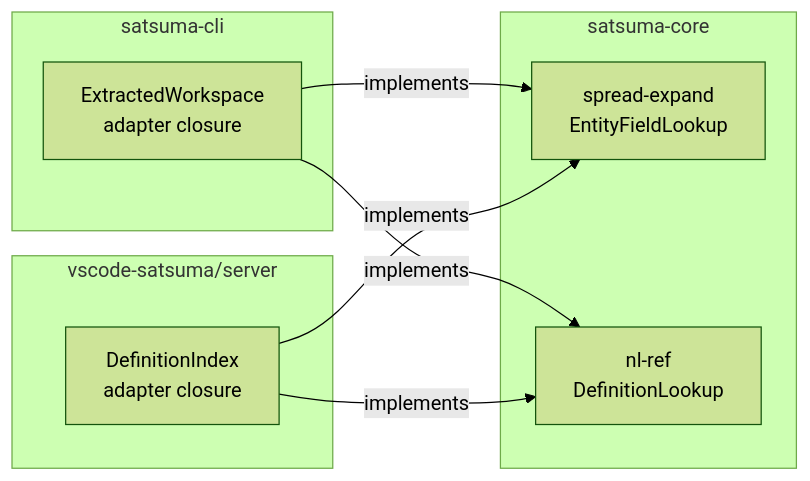
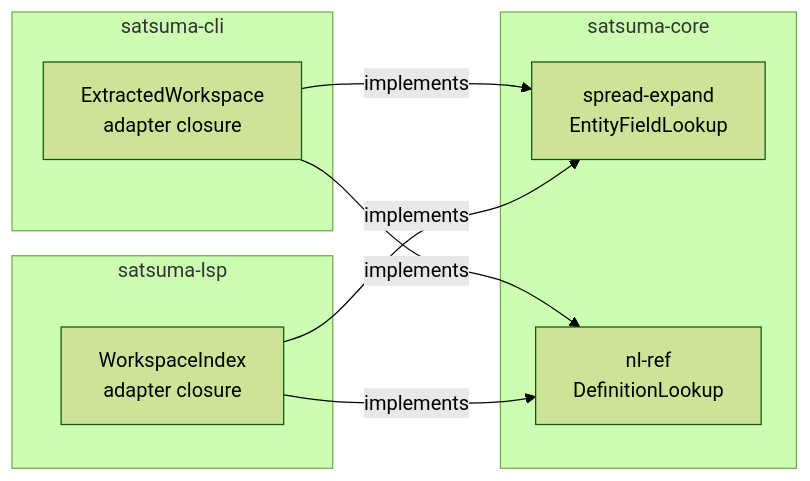
The sixth of 6 diagrams in docs/developer/ARCHITECTURE.md (thorbenlouw/satsuma-lang), drawn with Mermaid (forest theme) before and after one commit. The commit also changed other lines of this file and 1 other file, not shown here.

````diff
--- a/docs/developer/ARCHITECTURE.md
+++ b/docs/developer/ARCHITECTURE.md
@@ -235,18 +271,18 @@
 ```mermaid
 graph LR
   subgraph satsuma-core
     SPR["spread-expand\nEntityFieldLookup"]
     NL["nl-ref\nDefinitionLookup"]
   end
   subgraph satsuma-cli
     WI["ExtractedWorkspace\nadapter closure"]
   end
-  subgraph vscode-satsuma/server
-    DI["DefinitionIndex\nadapter closure"]
+  subgraph satsuma-lsp
+    DI["WorkspaceIndex\nadapter closure"]
   end
 
   WI -- "implements" --> SPR
   WI -- "implements" --> NL
   DI -- "implements" --> SPR
   DI -- "implements" --> NL
 ```
````
